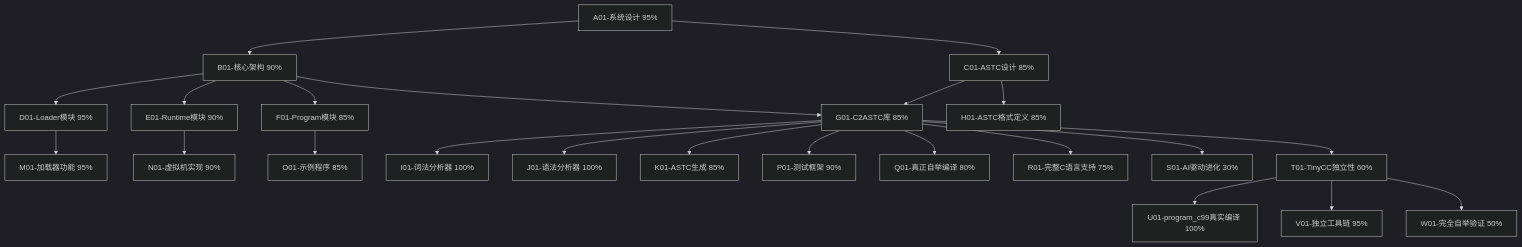
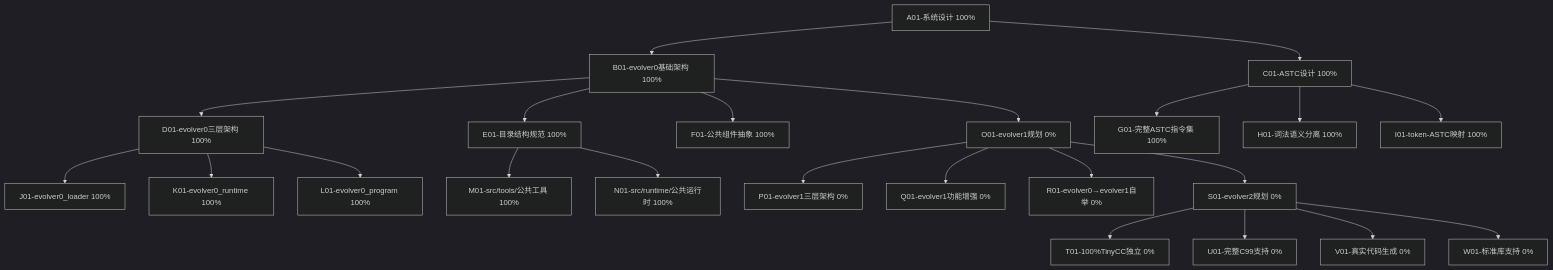
Before and after one commit to wanjochan/self-evolve-ai: the diagram in docs/plan.md, drawn with Mermaid (dark theme). The commit also changed other lines of this file and 32 other files, not shown here.

````diff
--- a/docs/plan.md
+++ b/docs/plan.md
@@ -8,32 +15,31 @@
 ```mermaid
 graph TD
-    A[A01-系统设计 95%] --> B[B01-核心架构 90%]
-    A --> C[C01-ASTC设计 85%]
+    A[A01-系统设计 100%] --> B[B01-evolver0基础架构 100%]
+    A --> C[C01-ASTC设计 100%]
 
-    B --> D[D01-Loader模块 95%]
-    B --> E[E01-Runtime模块 90%]
-    B --> F[F01-Program模块 85%]
-    B --> G[G01-Evolver0自举编译器 85%]
+    B --> D[D01-evolver0三层架构 100%]
+    B --> E[E01-目录结构规范 100%]
+    B --> F[F01-公共组件抽象 100%]
 
-    C --> G[G01-C2ASTC库 85%]
-    C --> H[H01-ASTC格式定义 85%]
+    C --> G[G01-完整ASTC指令集 100%]
+    C --> H[H01-词法语义分离 100%]
+    C --> I[I01-token-ASTC映射 100%]
 
-    G --> I[I01-词法分析器 100%]
-    G --> J[J01-语法分析器 100%]
-    G --> K[K01-ASTC生成 85%]
+    D --> J[J01-evolver0_loader 100%]
+    D --> K[K01-evolver0_runtime 100%]
+    D --> L[L01-evolver0_program 100%]
 
-    D --> M[M01-加载器功能 95%]
-    E --> N[N01-虚拟机实现 90%]
-    F --> O[O01-示例程序 85%]
+    E --> M[M01-src/tools/公共工具 100%]
+    E --> N[N01-src/runtime/公共运行时 100%]
 
-    G --> P[P01-测试框架 90%]
+    B --> O[O01-evolver1规划 0%]
+    O --> P[P01-evolver1三层架构 0%]
+    O --> Q[Q01-evolver1功能增强 0%]
+    O --> R[R01-evolver0→evolver1自举 0%]
 
-    G --> Q[Q01-真正自举编译 80%]
-    G --> R[R01-完整C语言支持 75%]
-    G --> S[S01-AI驱动进化 30%]
-    G --> T[T01-TinyCC独立性 60%]
-
-    T --> U[U01-program_c99真实编译 100%]
-    T --> V[V01-独立工具链 95%]
-    T --> W[W01-完全自举验证 50%]
+    O --> S[S01-evolver2规划 0%]
+    S --> T[T01-100%TinyCC独立 0%]
+    S --> U[U01-完整C99支持 0%]
+    S --> V[V01-真实代码生成 0%]
+    S --> W[W01-标准库支持 0%]
 ```
````
